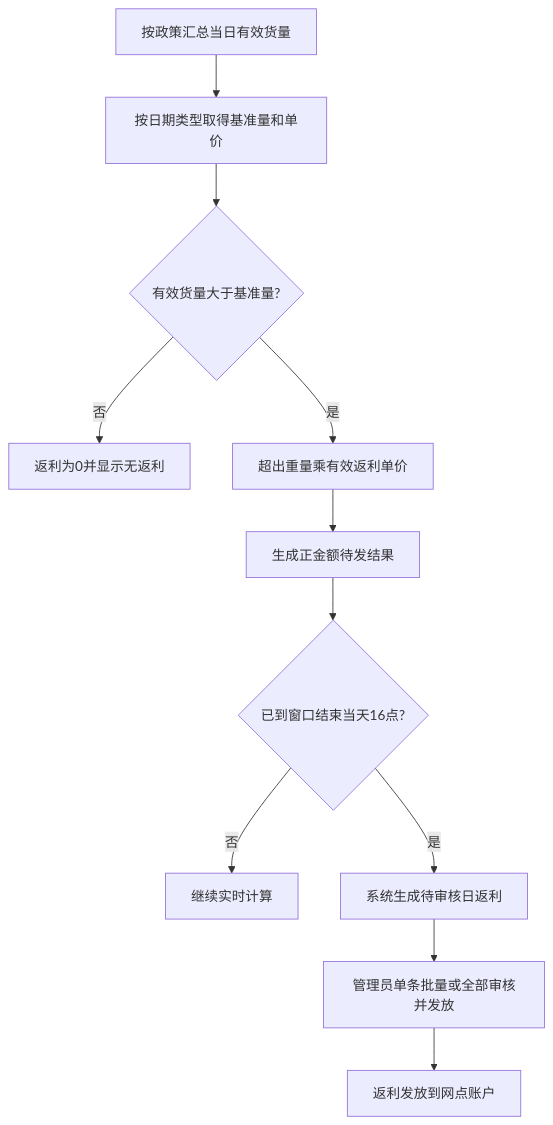
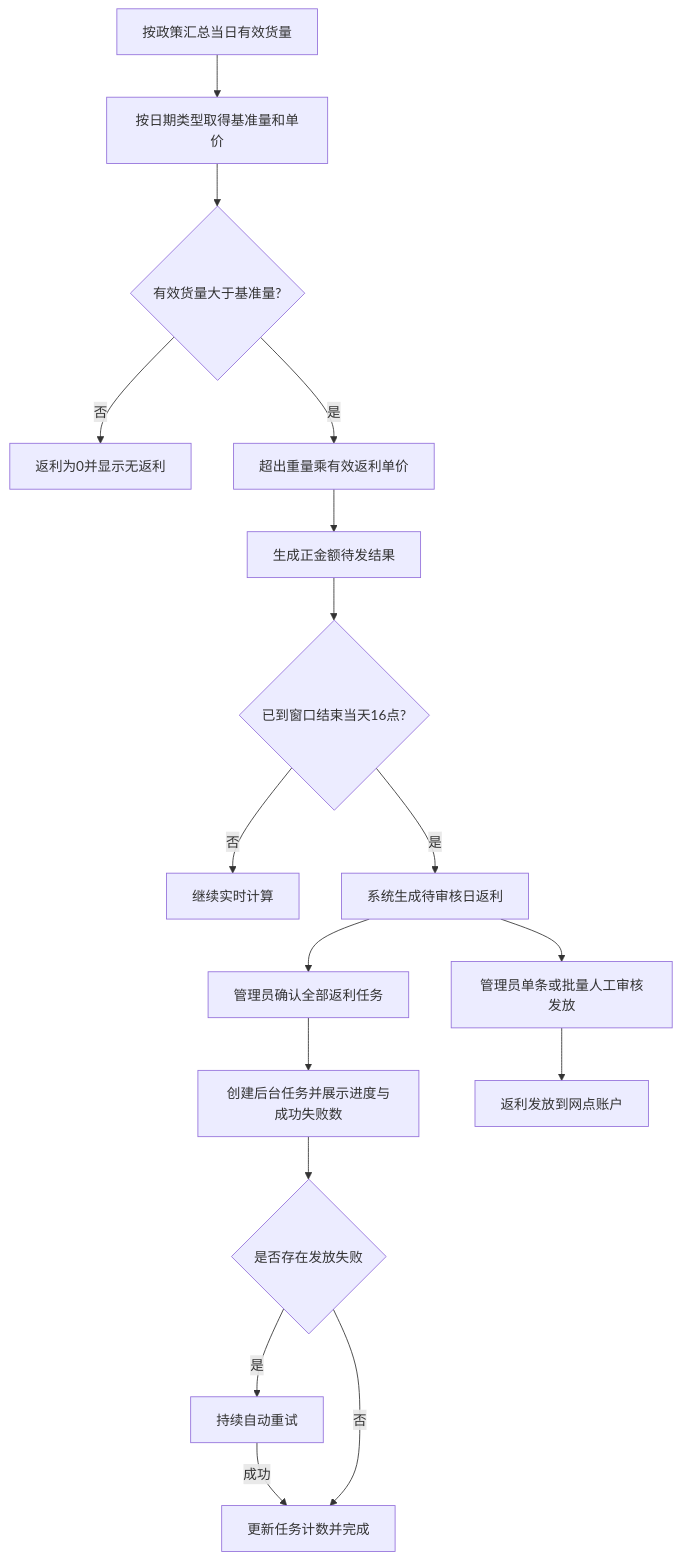
The fifth of 8 diagrams in 03-产品设计/02-网点返利端到端业务流程图.md (lichen-lc123/wangdianfanli), drawn with Mermaid before and after one commit. The commit also changed other lines of this file and 22 other files, not shown here.

````diff
--- a/03-产品设计/02-网点返利端到端业务流程图.md
+++ b/03-产品设计/02-网点返利端到端业务流程图.md
@@ -82,13 +98,19 @@
 ```mermaid
 graph TD
     A[按政策汇总当日有效货量] --> B[按日期类型取得基准量和单价]
     B --> C{有效货量大于基准量?}
     C -->|否| D[返利为0并显示无返利]
     C -->|是| E[超出重量乘有效返利单价]
     E --> F[生成正金额待发结果]
     F --> G{已到窗口结束当天16点?}
     G -->|否| H[继续实时计算]
     G -->|是| I[系统生成待审核日返利]
-    I --> J[管理员单条批量或全部审核并发放]
+    I --> J[管理员单条或批量人工审核发放]
+    I --> M[管理员确认全部返利任务]
+    M --> N[创建后台任务并展示进度与成功失败数]
+    N --> O{是否存在发放失败}
+    O -->|是| P[持续自动重试]
+    P -->|成功| Q[更新任务计数并完成]
+    O -->|否| Q
     J --> K[返利发放到网点账户]
 ```
````
